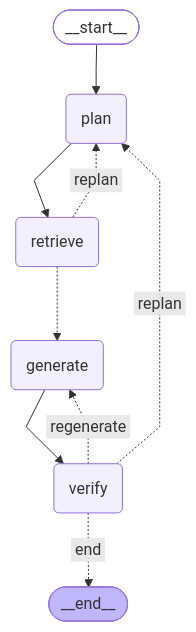
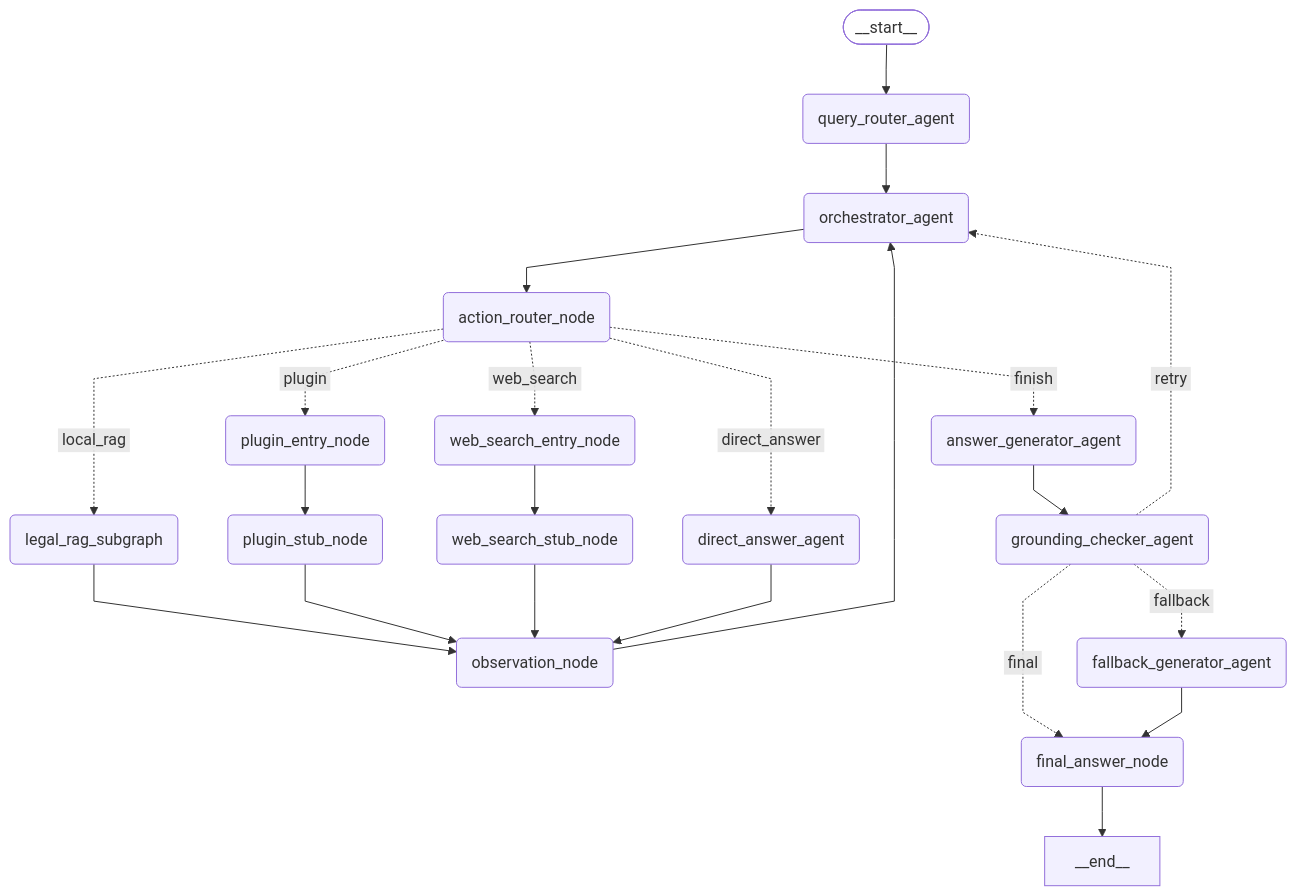
Before and after one commit to mark129873/law_agent: the diagram in docs/ARCHITECTURE.md, drawn with Mermaid. The commit also changed other lines of this file and 6 other files, not shown here.

Commit message:
docs: BE-040 一期重写收尾——ARCHITECTURE 全节重写 + ADR-0001~0008 + glossary + qa_graph 重导出 + 真实 E2E（197 tests + 浏览器三场景验证）

````diff
--- a/docs/ARCHITECTURE.md
+++ b/docs/ARCHITECTURE.md
@@ -193,25 +205,47 @@
 ```mermaid
 ---
 config:
   flowchart:
     curve: linear
 ---
 graph TD;
 	__start__([<p>__start__</p>]):::first
-	plan(plan)
-	retrieve(retrieve)
-	generate(generate)
-	verify(verify)
-	__end__([<p>__end__</p>]):::last
-	__start__ --> plan;
-	generate --> verify;
-	plan --> retrieve;
-	retrieve -.-> generate;
-	retrieve -. &nbsp;replan&nbsp; .-> plan;
-	verify -. &nbsp;end&nbsp; .-> __end__;
-	verify -. &nbsp;regenerate&nbsp; .-> generate;
-	verify -. &nbsp;replan&nbsp; .-> plan;
+	query_router_agent(query_router_agent)
+	orchestrator_agent(orchestrator_agent)
+	action_router_node(action_router_node)
+	legal_rag_subgraph(legal_rag_subgraph)
+	plugin_entry_node(plugin_entry_node)
+	plugin_stub_node(plugin_stub_node)
+	web_search_entry_node(web_search_entry_node)
+	web_search_stub_node(web_search_stub_node)
+	observation_node(observation_node)
+	direct_answer_agent(direct_answer_agent)
+	answer_generator_agent(answer_generator_agent)
+	grounding_checker_agent(grounding_checker_agent)
+	fallback_generator_agent(fallback_generator_agent)
+	final_answer_node(final_answer_node)
+	__start__ --> query_router_agent;
+	query_router_agent --> orchestrator_agent;
+	orchestrator_agent --> action_router_node;
+	action_router_node -. &nbsp;local_rag&nbsp; .-> legal_rag_subgraph;
+	action_router_node -. &nbsp;plugin&nbsp; .-> plugin_entry_node;
+	action_router_node -. &nbsp;web_search&nbsp; .-> web_search_entry_node;
+	action_router_node -. &nbsp;direct_answer&nbsp; .-> direct_answer_agent;
+	action_router_node -. &nbsp;finish&nbsp; .-> answer_generator_agent;
+	plugin_entry_node --> plugin_stub_node;
+	web_search_entry_node --> web_search_stub_node;
+	legal_rag_subgraph --> observation_node;
+	plugin_stub_node --> observation_node;
+	web_search_stub_node --> observation_node;
+	direct_answer_agent --> observation_node;
+	observation_node --> orchestrator_agent;
+	answer_generator_agent --> grounding_checker_agent;
+	grounding_checker_agent -. &nbsp;retry&nbsp; .-> orchestrator_agent;
+	grounding_checker_agent -. &nbsp;fallback&nbsp; .-> fallback_generator_agent;
+	grounding_checker_agent -. &nbsp;final&nbsp; .-> final_answer_node;
+	fallback_generator_agent --> final_answer_node;
+	final_answer_node --> __end__;
 	classDef default fill:#f2f0ff,line-height:1.2
 	classDef first fill-opacity:0
 	classDef last fill:#bfb6fc
 ```
````
